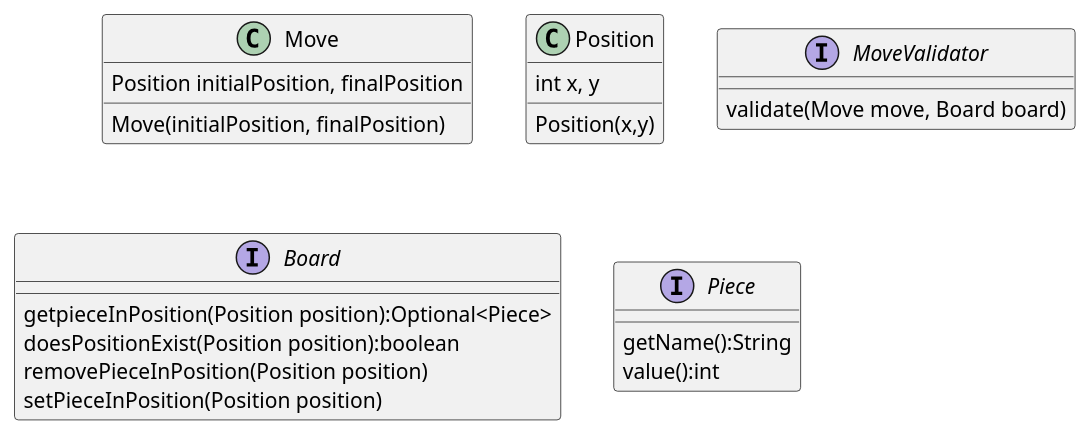
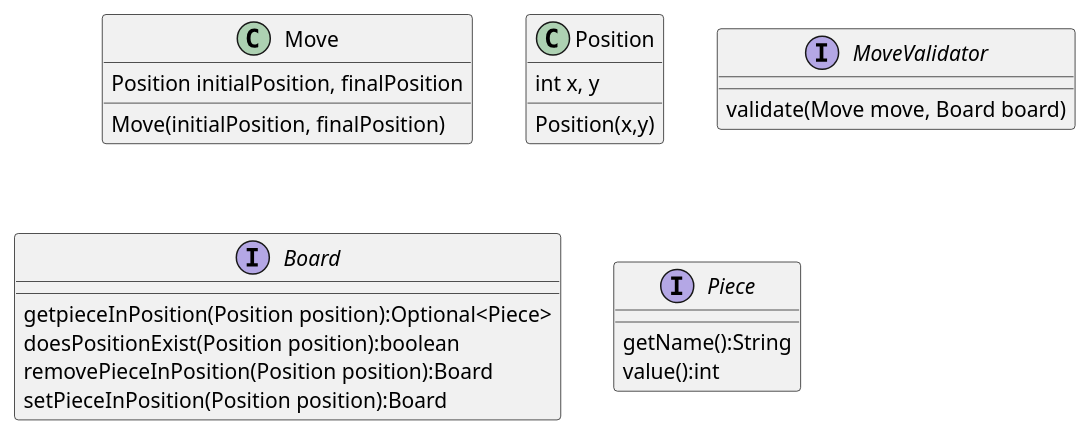
One commit to jalopbauer/chess changed the diagram in chess.puml. Above: the diagram before and after it, drawn with PlantUML.

Commit message:
Made board immutable

```diff
--- a/chess.puml
+++ b/chess.puml
@@ -1,25 +1,25 @@
 @startuml Chess
 class Move
 Move : Position initialPosition, finalPosition
 Move : Move(initialPosition, finalPosition)
 
 class Position
 Position : int x, y
 Position : Position(x,y)
 
 interface MoveValidator
 MoveValidator : validate(Move move, Board board)
 
 ' Piece Handler
 interface Board
 Board : getpieceInPosition(Position position):Optional<Piece>
 Board : doesPositionExist(Position position):boolean
-Board : removePieceInPosition(Position position)
-Board : setPieceInPosition(Position position)
+Board : removePieceInPosition(Position position):Board
+Board : setPieceInPosition(Position position):Board
 
 interface Piece
 Piece : getName():String
 Piece : value():int
 
 
 @enduml
```
